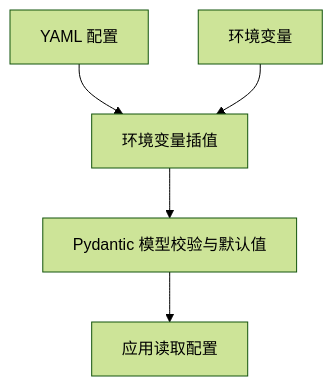
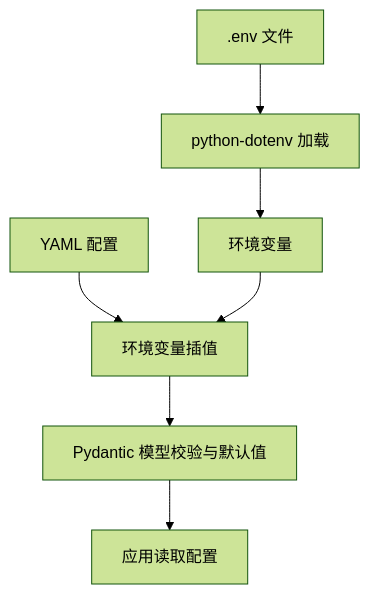
Before and after one commit to GhoulOwl/Teamspeak3_Bot: the sixth of 7 diagrams in .qoder/repowiki/zh/content/部署和运维/环境配置.md, drawn with Mermaid (forest theme). The commit also changed other lines of this file and 7 other files, not shown here.

````diff
--- a/.qoder/repowiki/zh/content/部署和运维/环境配置.md
+++ b/.qoder/repowiki/zh/content/部署和运维/环境配置.md
@@ -239,7 +264,9 @@
 ```mermaid
 flowchart TD
+DotEnv[".env 文件"] --> DotEnvLoad["python-dotenv 加载"]
 Yaml["YAML 配置"] --> Interp["环境变量插值"]
 Env["环境变量"] --> Interp
+DotEnvLoad --> Env
 Interp --> Model["Pydantic 模型校验与默认值"]
 Model --> App["应用读取配置"]
 ```
````
